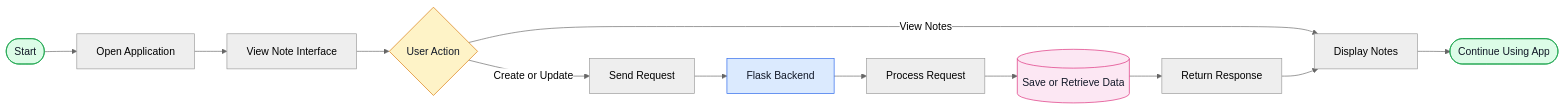
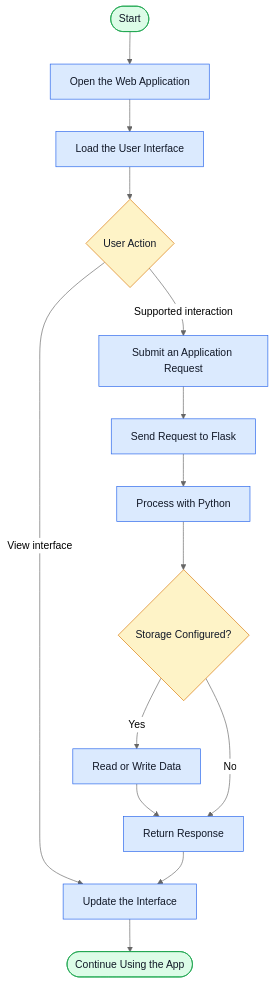
One commit to maahii-in/first-pratice-2021 changed the second of 2 diagrams in README.md. Above: the diagram before and after it, drawn with Mermaid (neutral theme). The commit also changed other lines of this file, not shown here.

````diff
--- a/README.md
+++ b/README.md
@@ -147,20 +330,31 @@
 ```mermaid
-flowchart LR
-    A([Start]) --> B[Open Application]
-    B --> C[View Note Interface]
-    C --> D{User Action}
-    D -->|Create or Update| E[Send Request]
-    D -->|View Notes| F[Display Notes]
-    E --> G[Flask Backend]
-    G --> H[Process Request]
-    H --> I[(Save or Retrieve Data)]
-    I --> J[Return Response]
-    J --> F
-    F --> K([Continue Using App])
+flowchart TD
+    A([Start])
+    B[Open the Web Application]
+    C[Load the User Interface]
+    D{User Action}
+    E[Submit an Application Request]
+    F[Send Request to Flask]
+    G[Process with Python]
+    H{Storage Configured?}
+    I[Read or Write Data]
+    J[Return Response]
+    K[Update the Interface]
+    L([Continue Using the App])
 
-    style A fill:#dcfce7,stroke:#16a34a,color:#111827
-    style D fill:#fef3c7,stroke:#d97706,color:#111827
-    style G fill:#dbeafe,stroke:#2563eb,color:#111827
-    style I fill:#fce7f3,stroke:#db2777,color:#111827
-    style K fill:#dcfce7,stroke:#16a34a,color:#111827
+    A --> B --> C --> D
+    D -->|Supported interaction| E
+    D -->|View interface| K
+    E --> F --> G --> H
+    H -->|Yes| I --> J --> K
+    H -->|No| J
+    K --> L
+
+    classDef start fill:#dcfce7,stroke:#16a34a,color:#111827
+    classDef action fill:#dbeafe,stroke:#2563eb,color:#111827
+    classDef decision fill:#fef3c7,stroke:#d97706,color:#111827
+
+    class A,L start
+    class B,C,E,F,G,I,J,K action
+    class D,H decision
 ```
````
